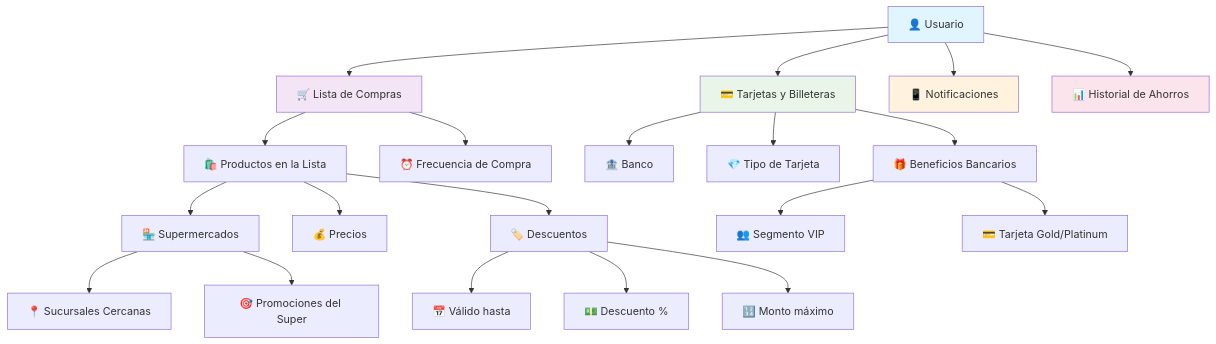
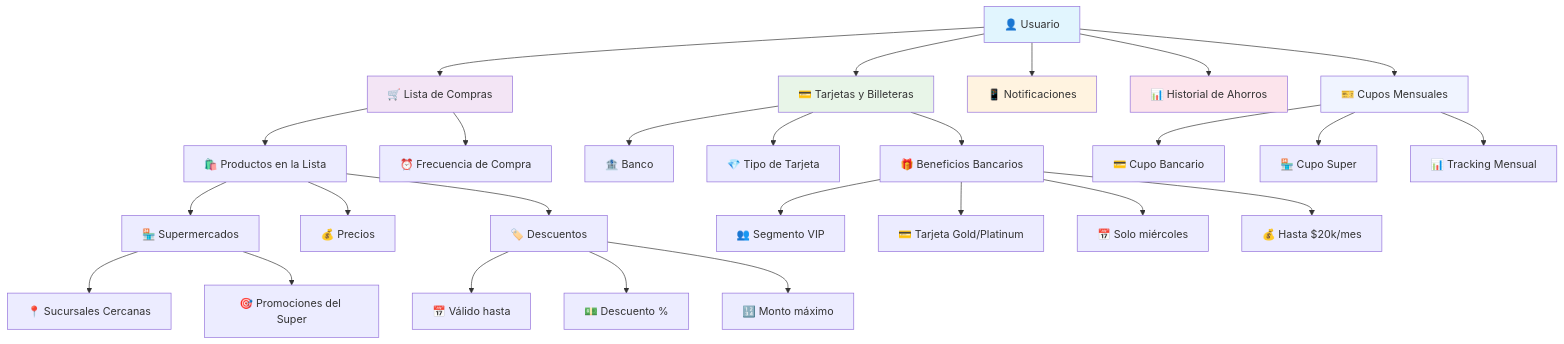
One commit to arcejuanma/sabu changed the diagram in README.md. Above: the diagram before and after it, drawn with Mermaid. The commit also changed 3 other files, not shown here.

````diff
--- a/README.md
+++ b/README.md
@@ -8,34 +8,42 @@
 ```mermaid
 graph TD
     A[👤 Usuario] --> B[🛒 Lista de Compras]
     A --> C[💳 Tarjetas y Billeteras]
     A --> D[📱 Notificaciones]
     A --> E[📊 Historial de Ahorros]
+    A --> F[🎫 Cupos Mensuales]
     
-    B --> F[🛍️ Productos en la Lista]
-    B --> G[⏰ Frecuencia de Compra]
+    B --> G[🛍️ Productos en la Lista]
+    B --> H[⏰ Frecuencia de Compra]
     
-    F --> H[🏪 Supermercados]
-    F --> I[💰 Precios]
-    F --> J[🏷️ Descuentos]
+    G --> I[🏪 Supermercados]
+    G --> J[💰 Precios]
+    G --> K[🏷️ Descuentos]
     
-    H --> K[📍 Sucursales Cercanas]
-    H --> L[🎯 Promociones del Super]
+    I --> L[📍 Sucursales Cercanas]
+    I --> M[🎯 Promociones del Super]
     
-    C --> M[🏦 Banco]
-    C --> N[💎 Tipo de Tarjeta]
-    C --> O[🎁 Beneficios Bancarios]
+    C --> N[🏦 Banco]
+    C --> O[💎 Tipo de Tarjeta]
+    C --> P[🎁 Beneficios Bancarios]
     
-    J --> P[📅 Válido hasta]
-    J --> Q[💵 Descuento %]
-    J --> R[🔢 Monto máximo]
+    K --> Q[📅 Válido hasta]
+    K --> R[💵 Descuento %]
+    K --> S[🔢 Monto máximo]
     
-    O --> S[👥 Segmento VIP]
-    O --> T[💳 Tarjeta Gold/Platinum]
+    P --> T[👥 Segmento VIP]
+    P --> U[💳 Tarjeta Gold/Platinum]
+    P --> V[📅 Solo miércoles]
+    P --> W[💰 Hasta $20k/mes]
+    
+    F --> X[💳 Cupo Bancario]
+    F --> Y[🏪 Cupo Super]
+    F --> Z[📊 Tracking Mensual]
     
     style A fill:#e1f5fe
     style B fill:#f3e5f5
     style C fill:#e8f5e8
     style D fill:#fff3e0
     style E fill:#fce4ec
+    style F fill:#f0f4ff
 ```
````
